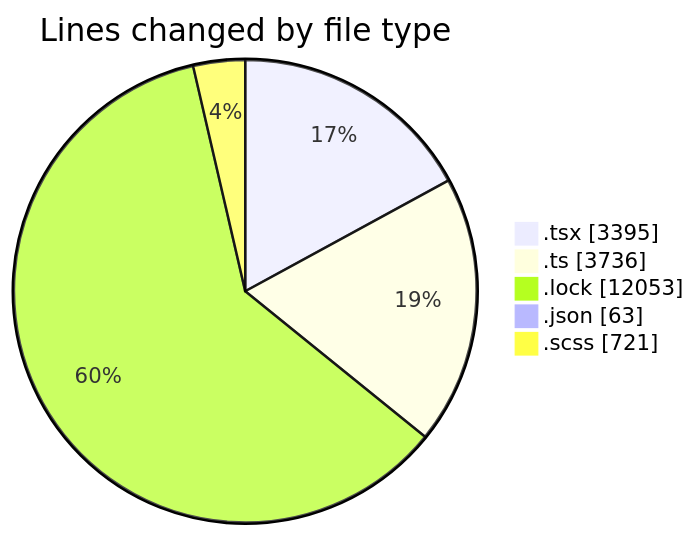
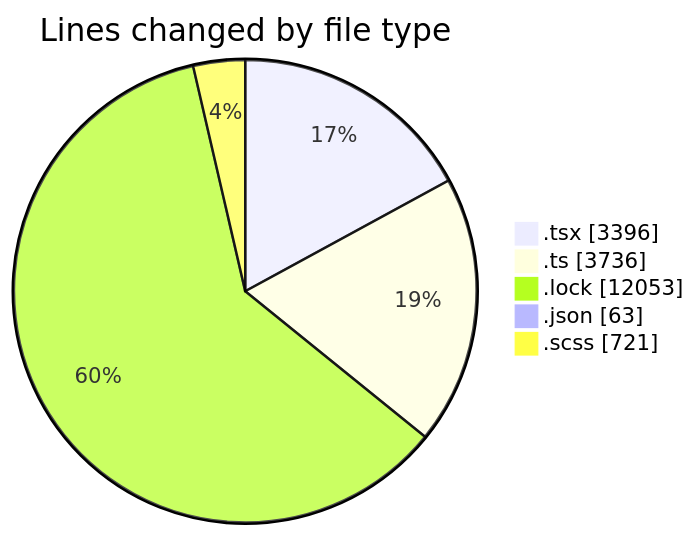
One commit to momahboobian/code-tracking changed the first of 2 diagrams in 2025-12-03/cda/README.md. Above: the diagram before and after it, drawn with Mermaid. The commit also changed other lines of this file and 1 other file, not shown here.

````diff
--- a/2025-12-03/cda/README.md
+++ b/2025-12-03/cda/README.md
@@ -32,9 +32,9 @@
 ```mermaid
 pie showData
 title Lines changed by file type
-".tsx" : 3395
+".tsx" : 3396
 ".ts" : 3736
 ".lock" : 12053
 ".json" : 63
 ".scss" : 721
 ```
````
